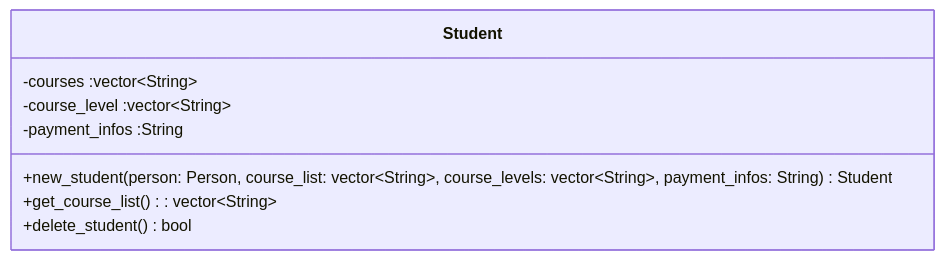
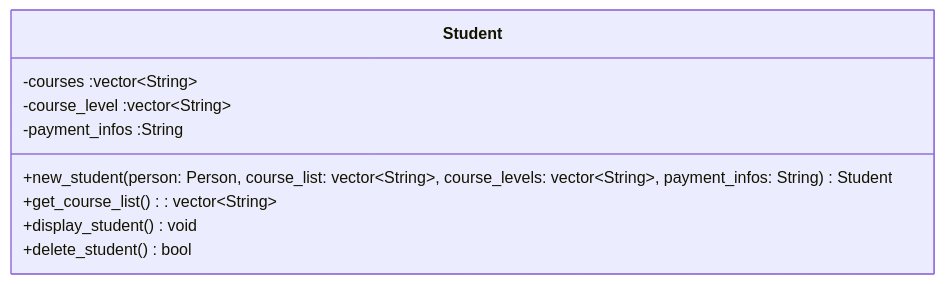
Before and after one commit to ondergormez/BLM3722_Software_Engineering: the third of 9 diagrams in Project/UML_Diag.md, drawn with Mermaid. The commit also changed other lines of this file and 2 other files, not shown here.

````diff
--- a/Project/UML_Diag.md
+++ b/Project/UML_Diag.md
@@ -85,11 +85,12 @@
 ```mermaid
 classDiagram
     class Student{
       -courses :vector~String~ 
       -course_level :vector~String~ 
       -payment_infos :String 
       +new_student(person: Person, course_list: vector~String~, course_levels: vector~String~, payment_infos: String) Student
       +get_course_list() : vector~String~
+      +display_student() void
       +delete_student() bool
     }
 ```
````
